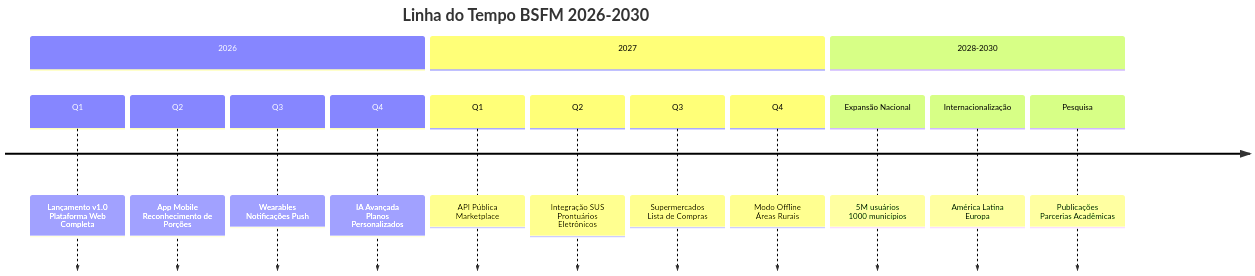
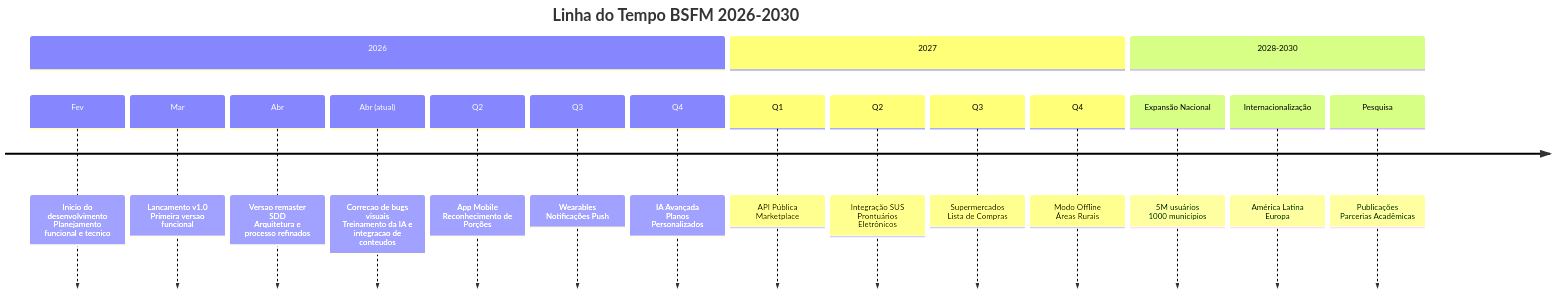
The diagram in docs/roadmap/index.md (Isaque-Medeiros/pim-03semestre-ads), drawn with Mermaid before and after one commit. The commit also changed other lines of this file and 12 other files, not shown here.

````diff
--- a/docs/roadmap/index.md
+++ b/docs/roadmap/index.md
@@ -9,18 +9,21 @@
 ```mermaid
 timeline
     title Linha do Tempo BSFM 2026-2030
     section 2026
-        Q1 : Lançamento v1.0<br>Plataforma Web Completa
+        Fev : Inicio do desenvolvimento<br>Planejamento funcional e tecnico
+        Mar : Lancamento v1.0<br>Primeira versao funcional
+        Abr : Versao remaster SDD<br>Arquitetura e processo refinados
+        Abr (atual) : Correcao de bugs visuais<br>Treinamento da IA e integracao de conteudos
         Q2 : App Mobile<br>Reconhecimento de Porções
         Q3 : Wearables<br>Notificações Push
         Q4 : IA Avançada<br>Planos Personalizados
     section 2027
         Q1 : API Pública<br>Marketplace
         Q2 : Integração SUS<br>Prontuários Eletrônicos
         Q3 : Supermercados<br>Lista de Compras
         Q4 : Modo Offline<br>Áreas Rurais
     section 2028-2030
         Expansão Nacional : 5M usuários<br>1000 municípios
         Internacionalização : América Latina<br>Europa
         Pesquisa : Publicações<br>Parcerias Acadêmicas
 ```
````
